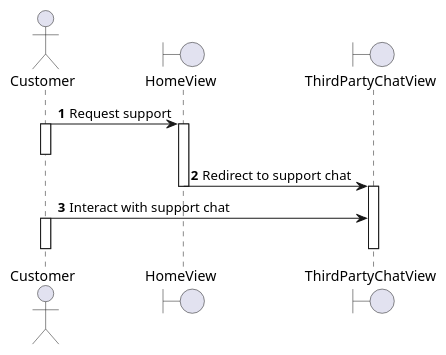
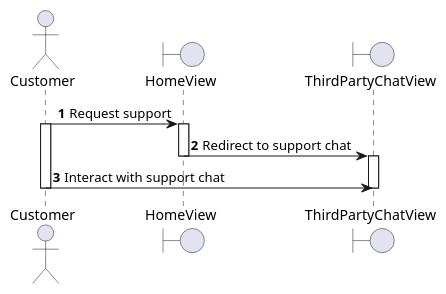
One commit to electricilies/electricilies.github.io changed the diagram in docs/docs/sequence/contact-support/contact-support.md. Above: the diagram before and after it, drawn with PlantUML. The commit also changed other lines of this file and 22 other files, not shown here.

````diff
--- a/docs/docs/sequence/contact-support/contact-support.md
+++ b/docs/docs/sequence/contact-support/contact-support.md
@@ -3,22 +3,20 @@
 ```plantuml
 @startuml
 autonumber
 
 actor Customer as C
 boundary HomeView as HV
 boundary ThirdPartyChatView as TPCV
 
 C -> HV: Request support
 activate C
 activate HV
-deactivate C
 HV -> TPCV: Redirect to support chat
 deactivate HV
 activate TPCV
 C -> TPCV: Interact with support chat
-activate C
+deactivate TPCV
 deactivate C
-deactivate TPCV
 
 @enduml
 ```
````
